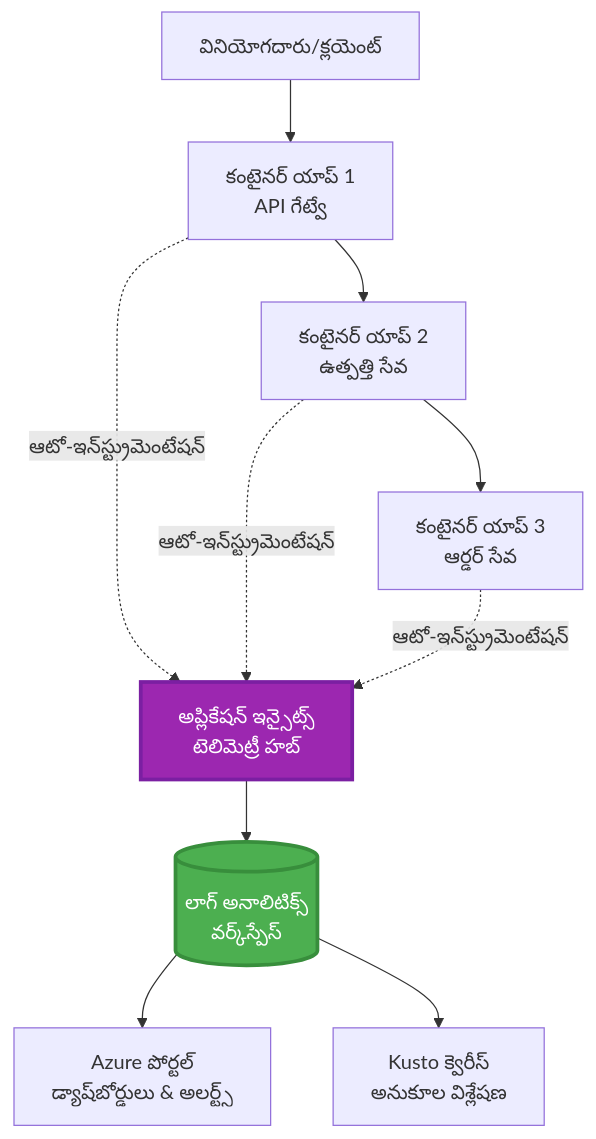
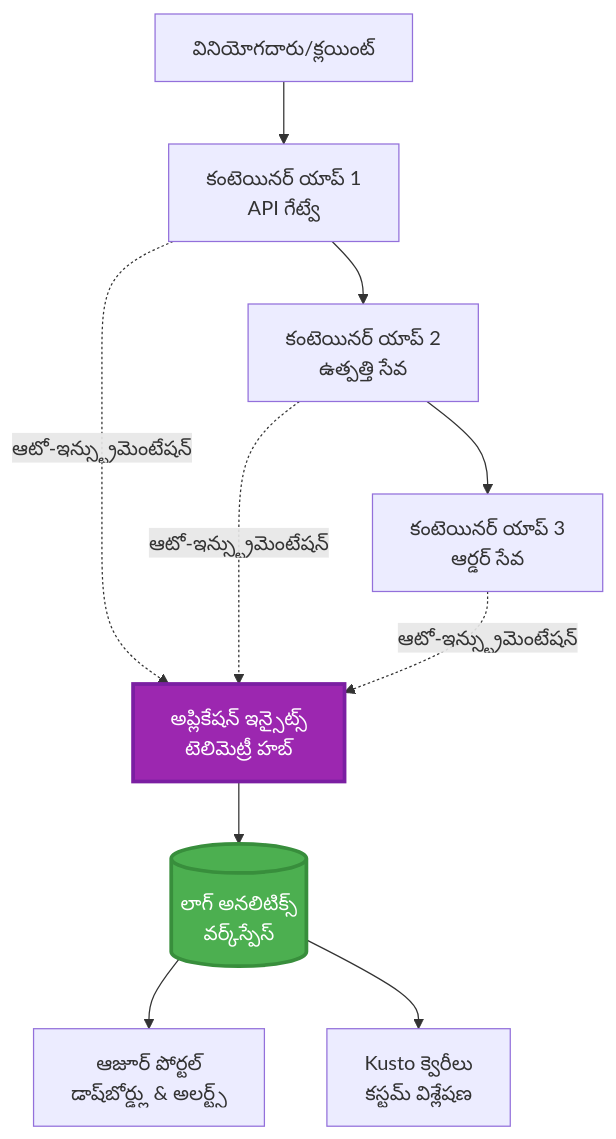
One commit to microsoft/AZD-for-beginners changed the first of 2 diagrams in translations/te/docs/chapter-06-pre-deployment/application-insights.md. Above: the diagram before and after it, drawn with Mermaid. The commit also changed other lines of this file and 102 other files, not shown here.

````diff
--- a/translations/te/docs/chapter-06-pre-deployment/application-insights.md
+++ b/translations/te/docs/chapter-06-pre-deployment/application-insights.md
@@ -58,28 +58,28 @@
 ```mermaid
 graph TB
-    User[వినియోగదారు/క్లయెంట్]
-    App1[కంటైనర్ యాప్ 1<br/>API గేట్వే]
-    App2[కంటైనర్ యాప్ 2<br/>ఉత్పత్తి సేవ]
-    App3[కంటైనర్ యాప్ 3<br/>ఆర్డర్ సేవ]
+    User[వినియోగదారు/క్లయింట్]
+    App1[కంటెయినర్ యాప్ 1<br/>API గేట్వే]
+    App2[కంటెయినర్ యాప్ 2<br/>ఉత్పత్తి సేవ]
+    App3[కంటెయినర్ యాప్ 3<br/>ఆర్డర్ సేవ]
     
     AppInsights[అప్లికేషన్ ఇన్సైట్స్<br/>టెలిమెట్రీ హబ్]
-    LogAnalytics[(లాగ్ అనాలిటిక్స్<br/>వర్క్‌స్పేస్)]
+    LogAnalytics[(లాగ్ అనలిటిక్స్<br/>వర్క్‌స్పేస్)]
     
-    Portal[Azure పోర్టల్<br/>డ్యాష్‌బోర్డులు & అలర్ట్స్]
-    Query[Kusto క్వెరీస్<br/>అనుకూల విశ్లేషణ]
+    Portal[ఆజూర్ పోర్టల్<br/>డాష్‌బోర్డ్లు & అలర్ట్స్]
+    Query[Kusto క్వెరీలు<br/>కస్టమ్ విశ్లేషణ]
     
     User --> App1
     App1 --> App2
     App2 --> App3
     
-    App1 -.->|ఆటో-ఇన్‌స్ట్రుమెంటేషన్| AppInsights
-    App2 -.->|ఆటో-ఇన్‌స్ట్రుమెంటేషన్| AppInsights
-    App3 -.->|ఆటో-ఇన్‌స్ట్రుమెంటేషన్| AppInsights
+    App1 -.->|ఆటో-ఇన్స్ట్రుమెంటేషన్| AppInsights
+    App2 -.->|ఆటో-ఇన్స్ట్రుమెంటేషన్| AppInsights
+    App3 -.->|ఆటో-ఇన్స్ట్రుమెంటేషన్| AppInsights
     
     AppInsights --> LogAnalytics
     LogAnalytics --> Portal
     LogAnalytics --> Query
     
     style AppInsights fill:#9C27B0,stroke:#7B1FA2,stroke-width:3px,color:#fff
     style LogAnalytics fill:#4CAF50,stroke:#388E3C,stroke-width:3px,color:#fff
 ```
````
